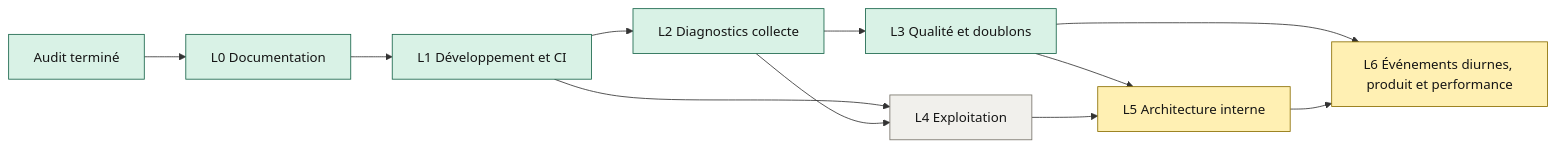
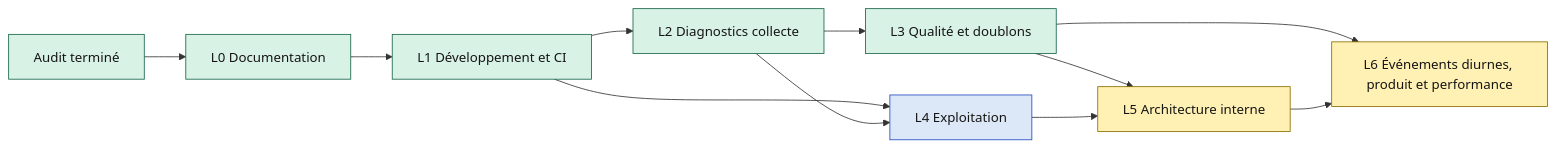
The diagram in docs/diagrams/implementation-roadmap.mmd (VinniMo/samstag), drawn with Mermaid before and after one commit. The commit also changed 8 other files, not shown here.

```diff
--- a/docs/diagrams/implementation-roadmap.mmd
+++ b/docs/diagrams/implementation-roadmap.mmd
@@ -1,21 +1,21 @@
 flowchart LR
     A[Audit terminé] --> L0[L0 Documentation]
     L0 --> L1[L1 Développement et CI]
     L1 --> L2[L2 Diagnostics collecte]
     L2 --> L3[L3 Qualité et doublons]
     L1 --> L4[L4 Exploitation]
     L2 --> L4
     L3 --> L5[L5 Architecture interne]
     L4 --> L5
     L3 --> L6[L6 Événements diurnes, produit et performance]
     L5 --> L6
 
     classDef done fill:#d9f2e6,stroke:#176449,color:#151515
     classDef doing fill:#fff0b3,stroke:#8a6d00,color:#151515
     classDef ready fill:#dce8f7,stroke:#244bc0,color:#151515
     classDef todo fill:#f1f0ec,stroke:#77736a,color:#151515
     classDef blocked fill:#f7d9e6,stroke:#a3004f,color:#151515
 
     class A,L0,L1,L2,L3 done
-    class L4 todo
+    class L4 ready
     class L5,L6 doing
```
